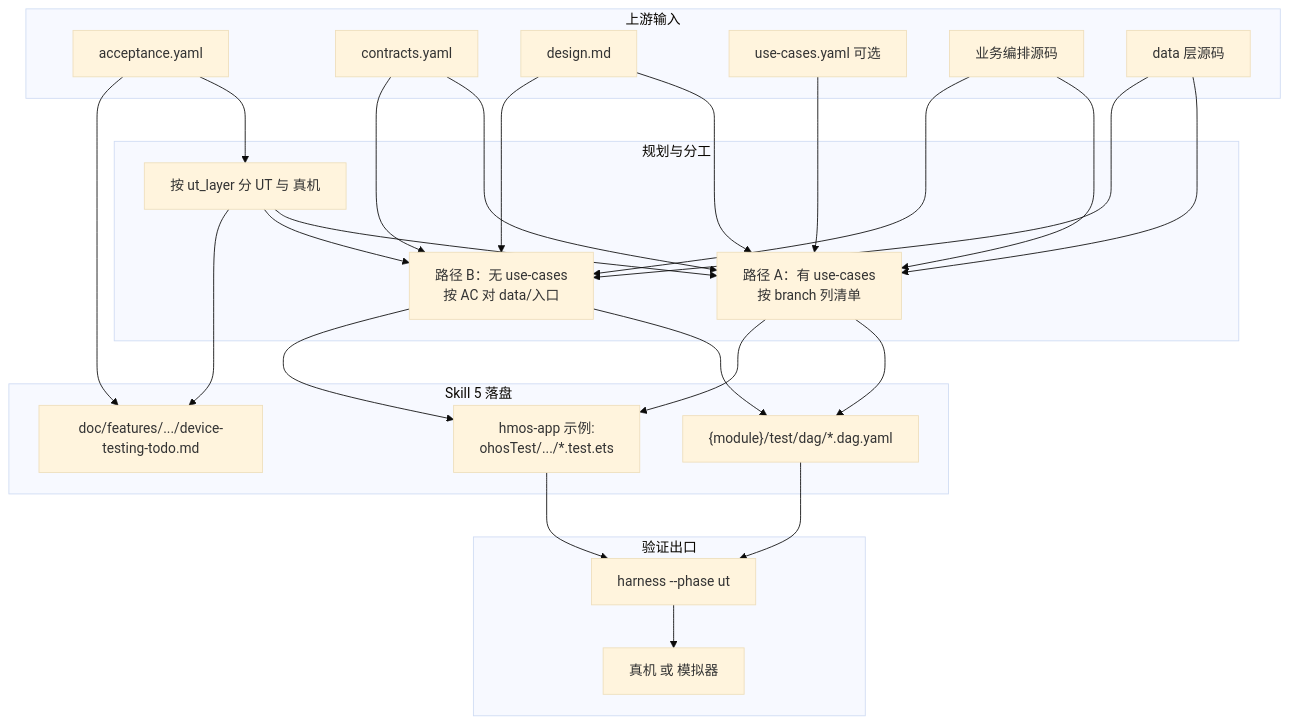
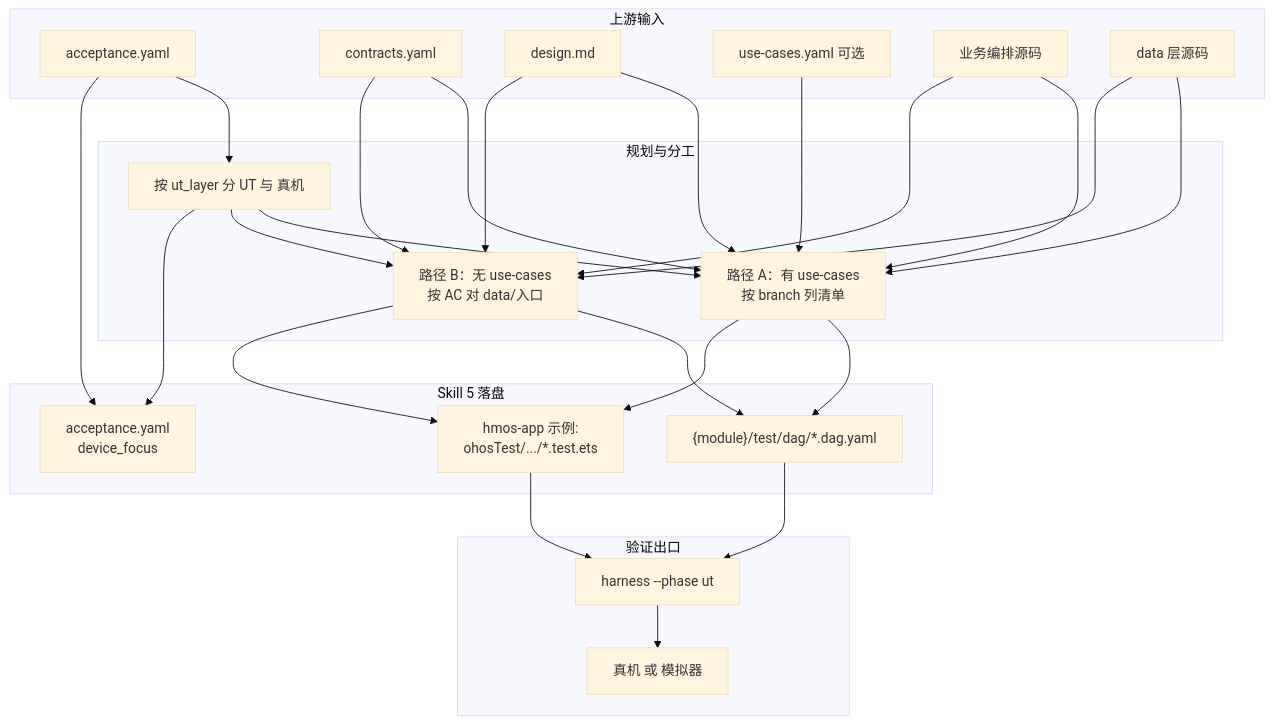
The fourth of 4 diagrams in framework/docs/skills/5-business-ut.md (sqsqsq/SimulatedWalletForHmos), drawn with Mermaid (base theme) before and after one commit. The commit also changed other lines of this file and 44 other files, not shown here.

First line of the commit message:
feat(framework): 废弃 device-testing-todo，收敛 acceptance device_focus SSOT

````diff
--- a/framework/docs/skills/5-business-ut.md
+++ b/framework/docs/skills/5-business-ut.md
@@ -242,50 +244,50 @@
 ```mermaid
 flowchart TD
   subgraph inputs [上游输入]
     acc["acceptance.yaml"]
     con["contracts.yaml"]
     des["design.md"]
     uc["use-cases.yaml 可选"]
     srcB["业务编排源码"]
     srcD["data 层源码"]
   end
 
   subgraph plan [规划与分工]
     split["按 ut_layer 分 UT 与 真机"]
     pathA["路径 A：有 use-cases<br/>按 branch 列清单"]
     pathB["路径 B：无 use-cases<br/>按 AC 对 data/入口"]
   end
 
   subgraph out [Skill 5 落盘]
     dagF["{module}/test/dag/*.dag.yaml"]
     utF["hmos-app 示例:<br/>ohosTest/.../*.test.ets"]
-    devTodo["doc/features/.../device-testing-todo.md"]
+    accDev["acceptance.yaml<br/>device_focus"]
   end
 
   subgraph gate [验证出口]
     utPhase["harness --phase ut"]
     device["真机 或 模拟器"]
   end
 
   acc --> split
   con --> pathA
   con --> pathB
   des --> pathA
   des --> pathB
   uc --> pathA
   srcB --> pathA
   srcB --> pathB
   srcD --> pathA
   srcD --> pathB
   split --> pathA
   split --> pathB
   pathA --> dagF
   pathB --> dagF
   pathA --> utF
   pathB --> utF
-  acc --> devTodo
-  split --> devTodo
+  acc --> accDev
+  split --> accDev
   utF --> utPhase
   dagF --> utPhase
   utPhase --> device
 ```
````
